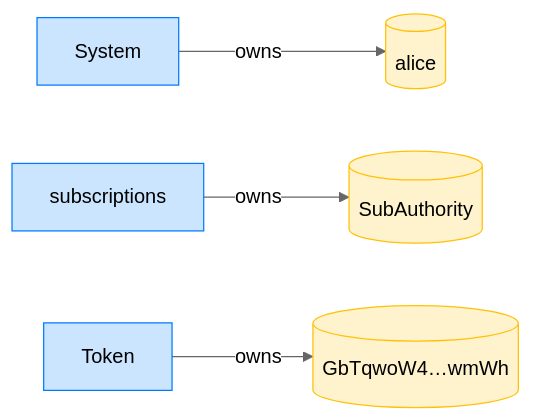
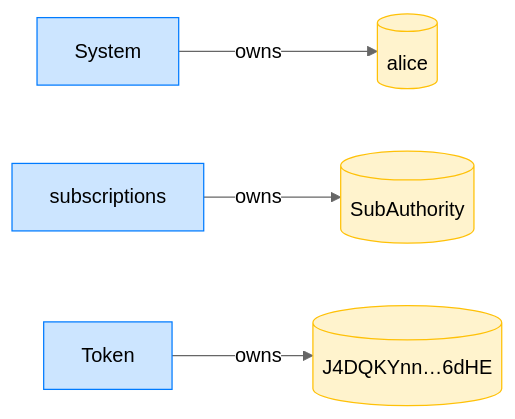
The fourth of 12 diagrams in dsl_tests/transfer-subscription--cancellation-blocks-the-next-period.md (cds-rs/subscriptions), drawn with Mermaid (neutral theme) before and after one commit. The commit also changed other lines of this file and 224 other files, not shown here.

````diff
--- a/dsl_tests/transfer-subscription--cancellation-blocks-the-next-period.md
+++ b/dsl_tests/transfer-subscription--cancellation-blocks-the-next-period.md
@@ -73,14 +78,14 @@
 ```mermaid
 flowchart LR
     classDef owner fill:#cce5ff,stroke:#007bff;
     classDef account fill:#fff3cd,stroke:#ffc107;
     System[System]:::owner
     alice[(alice)]:::account
     subscriptions[subscriptions]:::owner
     SubAuthority[(SubAuthority)]:::account
     Token[Token]:::owner
-    GbTqwoW4_wmWh[("GbTqwoW4…wmWh")]:::account
+    J4DQKYnn_6dHE[("J4DQKYnn…6dHE")]:::account
     System -->|owns| alice
     subscriptions -->|owns| SubAuthority
-    Token -->|owns| GbTqwoW4_wmWh
+    Token -->|owns| J4DQKYnn_6dHE
 ```
````
